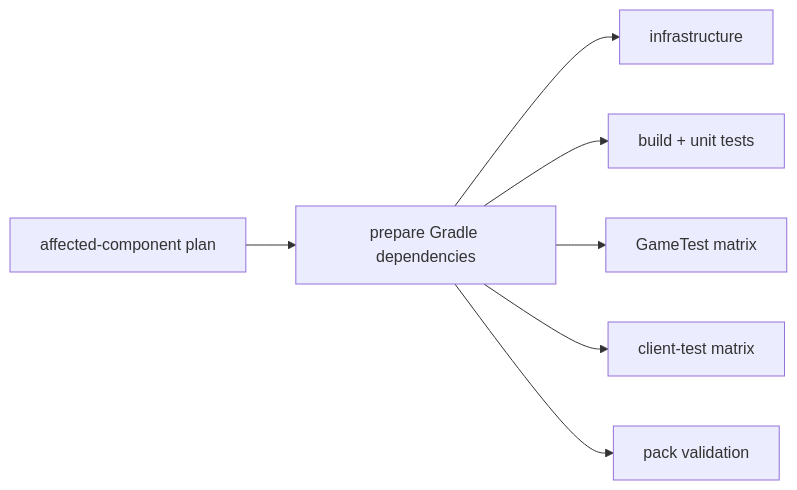
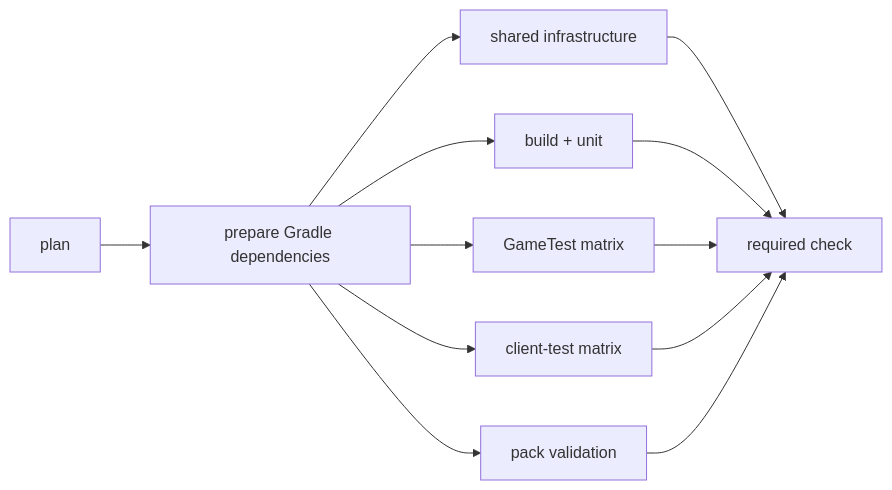
One commit to bertie-mc/bertie changed the second of 2 diagrams in docs/cicd.md. Above: the diagram before and after it, drawn with Mermaid. The commit also changed other lines of this file and 3 other files, not shown here.

Commit message:
docs: describe build and test workflows

````diff
--- a/docs/cicd.md
+++ b/docs/cicd.md
@@ -148,9 +108,14 @@
 ```mermaid
 flowchart LR
-    P["affected-component plan"] --> W["prepare Gradle dependencies"]
-    W --> I["infrastructure"]
-    W --> B["build + unit tests"]
-    W --> G["GameTest matrix"]
-    W --> C["client-test matrix"]
-    W --> V["pack validation"]
+    P["plan"] --> D["prepare Gradle dependencies"]
+    D --> I["shared infrastructure"]
+    D --> B["build + unit"]
+    D --> G["GameTest matrix"]
+    D --> C["client-test matrix"]
+    D --> V["pack validation"]
+    I --> R["required check"]
+    B --> R
+    G --> R
+    C --> R
+    V --> R
 ```
````
